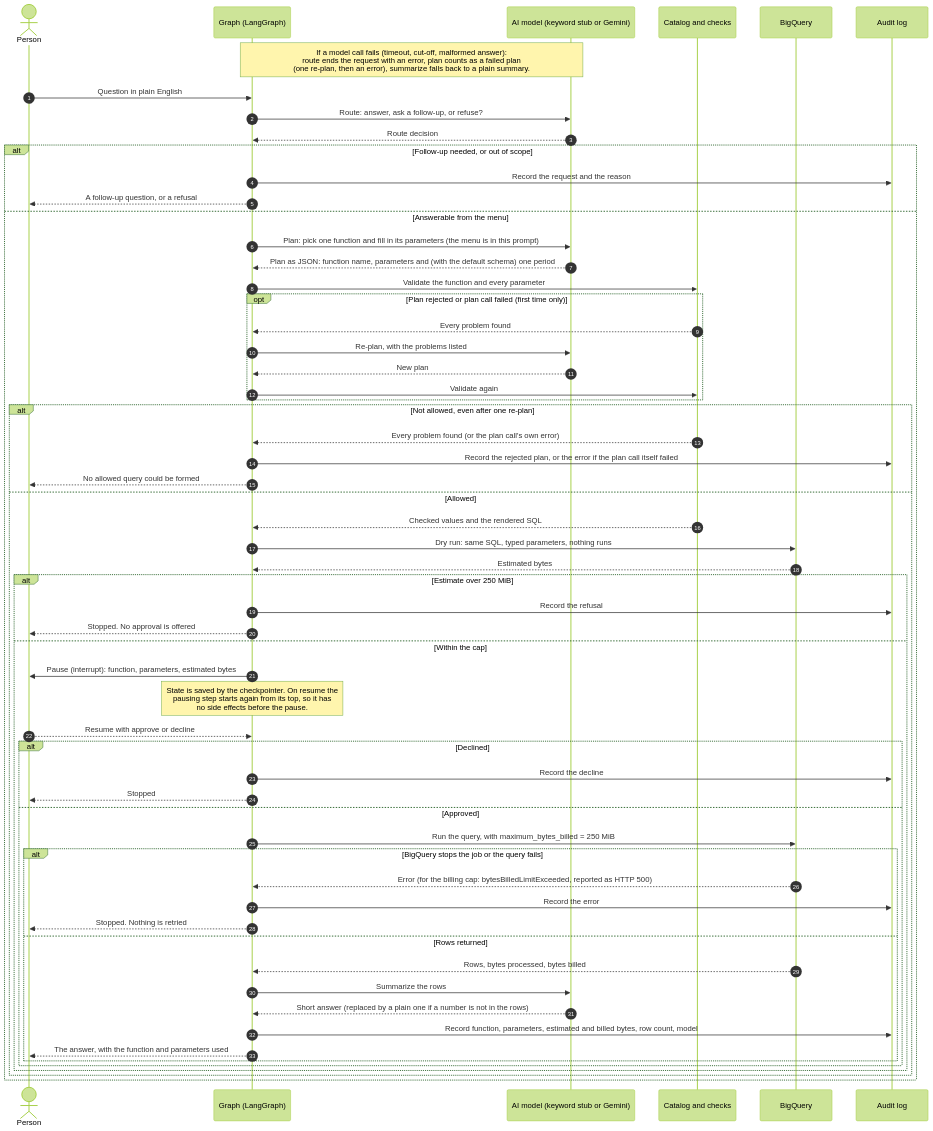
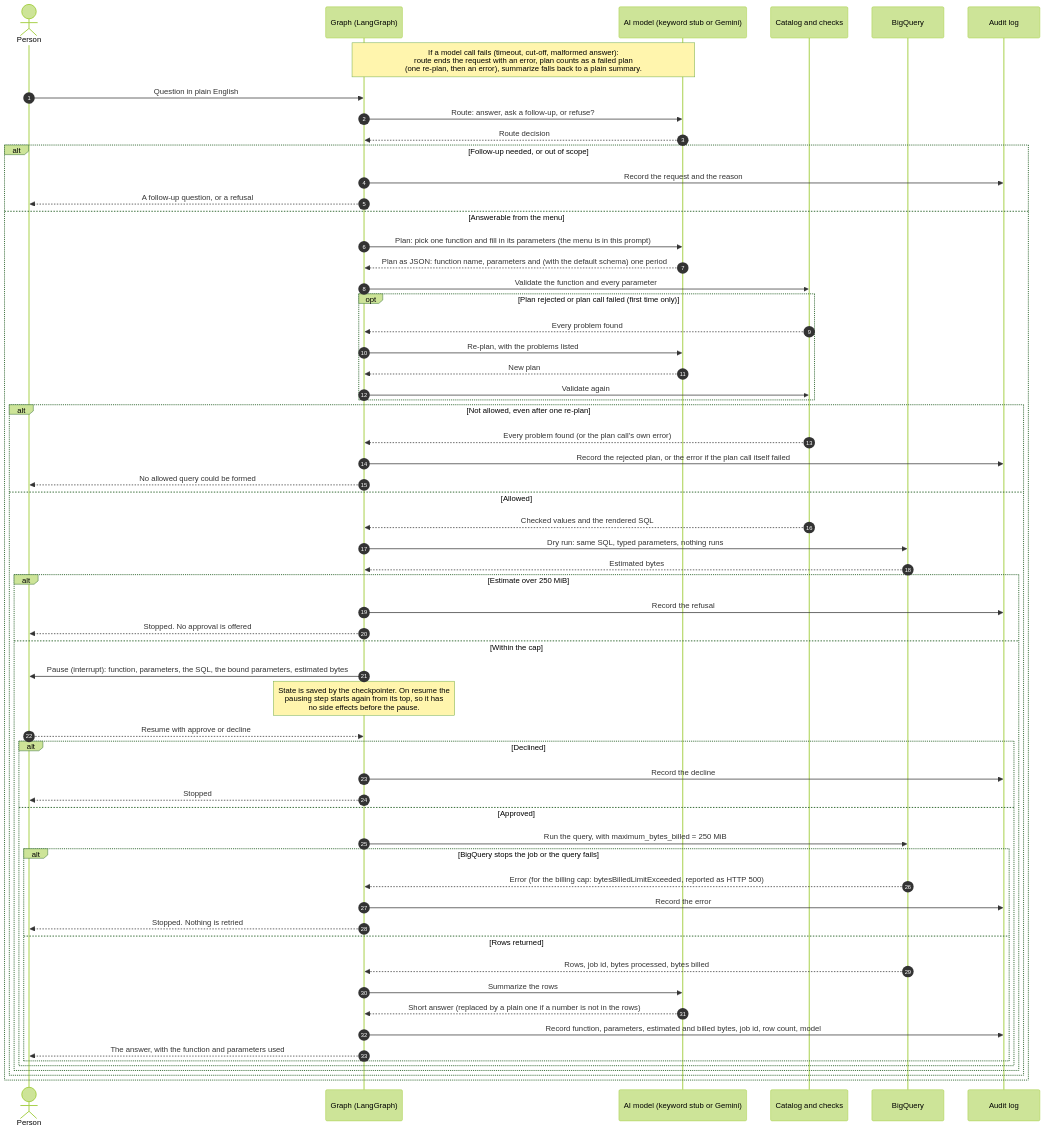
The second of 3 diagrams in README.md (sandeepkesarkar/bq-query-agent), drawn with Mermaid (forest theme) before and after one commit. The commit also changed other lines of this file and 12 other files, not shown here.

Commit message:
Show the SQL, the rows and the BigQuery job in the demo

````diff
--- a/README.md
+++ b/README.md
@@ -98,68 +98,68 @@
 ```mermaid
 sequenceDiagram
     autonumber
     actor P as Person
     participant G as Graph (LangGraph)
     participant M as AI model (keyword stub or Gemini)
     participant C as Catalog and checks
     participant B as BigQuery
     participant L as Audit log
 
     Note over G,M: If a model call fails (timeout, cut-off, malformed answer):<br/>route ends the request with an error, plan counts as a failed plan<br/>(one re-plan, then an error), summarize falls back to a plain summary.
     P->>G: Question in plain English
     G->>M: Route: answer, ask a follow-up, or refuse?
     M-->>G: Route decision
 
     alt Follow-up needed, or out of scope
         G->>L: Record the request and the reason
         G-->>P: A follow-up question, or a refusal
     else Answerable from the menu
         G->>M: Plan: pick one function and fill in its parameters (the menu is in this prompt)
         M-->>G: Plan as JSON: function name, parameters and (with the default schema) one period
 
         G->>C: Validate the function and every parameter
         opt Plan rejected or plan call failed (first time only)
             C-->>G: Every problem found
             G->>M: Re-plan, with the problems listed
             M-->>G: New plan
             G->>C: Validate again
         end
 
         alt Not allowed, even after one re-plan
             C-->>G: Every problem found (or the plan call's own error)
             G->>L: Record the rejected plan, or the error if the plan call itself failed
             G-->>P: No allowed query could be formed
         else Allowed
             C-->>G: Checked values and the rendered SQL
             G->>B: Dry run: same SQL, typed parameters, nothing runs
             B-->>G: Estimated bytes
 
             alt Estimate over 250 MiB
                 G->>L: Record the refusal
                 G-->>P: Stopped. No approval is offered
             else Within the cap
-                G->>P: Pause (interrupt): function, parameters, estimated bytes
+                G->>P: Pause (interrupt): function, parameters, the SQL, the bound parameters, estimated bytes
                 Note over G: State is saved by the checkpointer. On resume the<br/>pausing step starts again from its top, so it has<br/>no side effects before the pause.
                 P-->>G: Resume with approve or decline
 
                 alt Declined
                     G->>L: Record the decline
                     G-->>P: Stopped
                 else Approved
                     G->>B: Run the query, with maximum_bytes_billed = 250 MiB
                     alt BigQuery stops the job or the query fails
                         B-->>G: Error (for the billing cap: bytesBilledLimitExceeded, reported as HTTP 500)
                         G->>L: Record the error
                         G-->>P: Stopped. Nothing is retried
                     else Rows returned
-                        B-->>G: Rows, bytes processed, bytes billed
+                        B-->>G: Rows, job id, bytes processed, bytes billed
                         G->>M: Summarize the rows
                         M-->>G: Short answer (replaced by a plain one if a number is not in the rows)
-                        G->>L: Record function, parameters, estimated and billed bytes, row count, model
+                        G->>L: Record function, parameters, estimated and billed bytes, job id, row count, model
                         G-->>P: The answer, with the function and parameters used
                     end
                 end
             end
         end
     end
 ```
````
